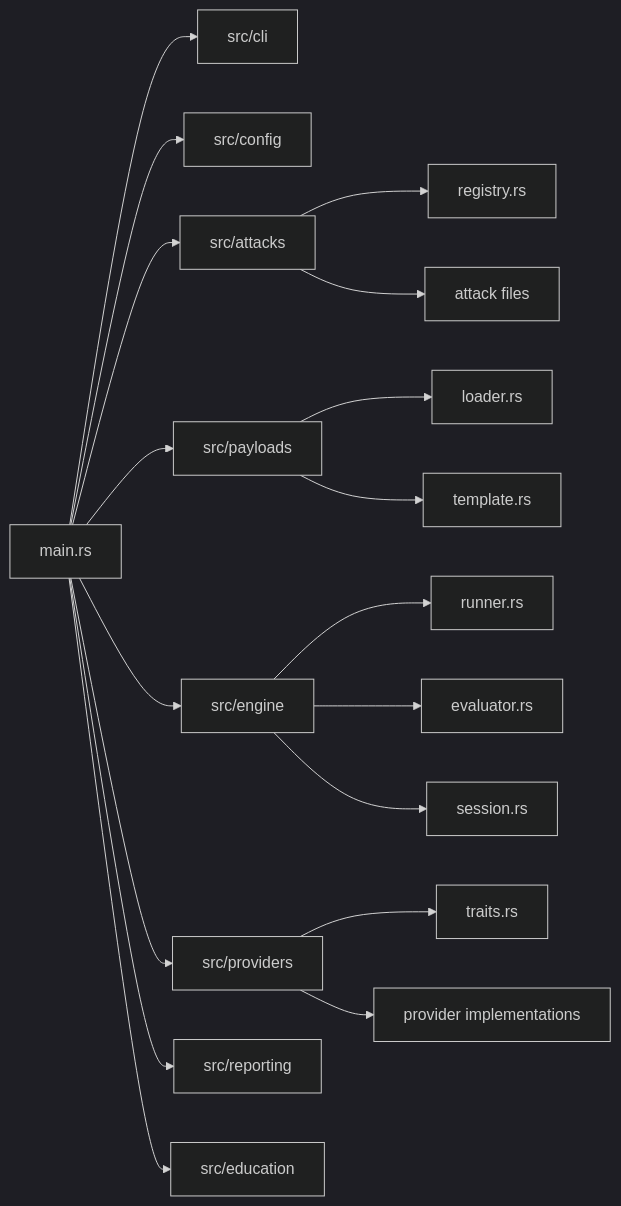
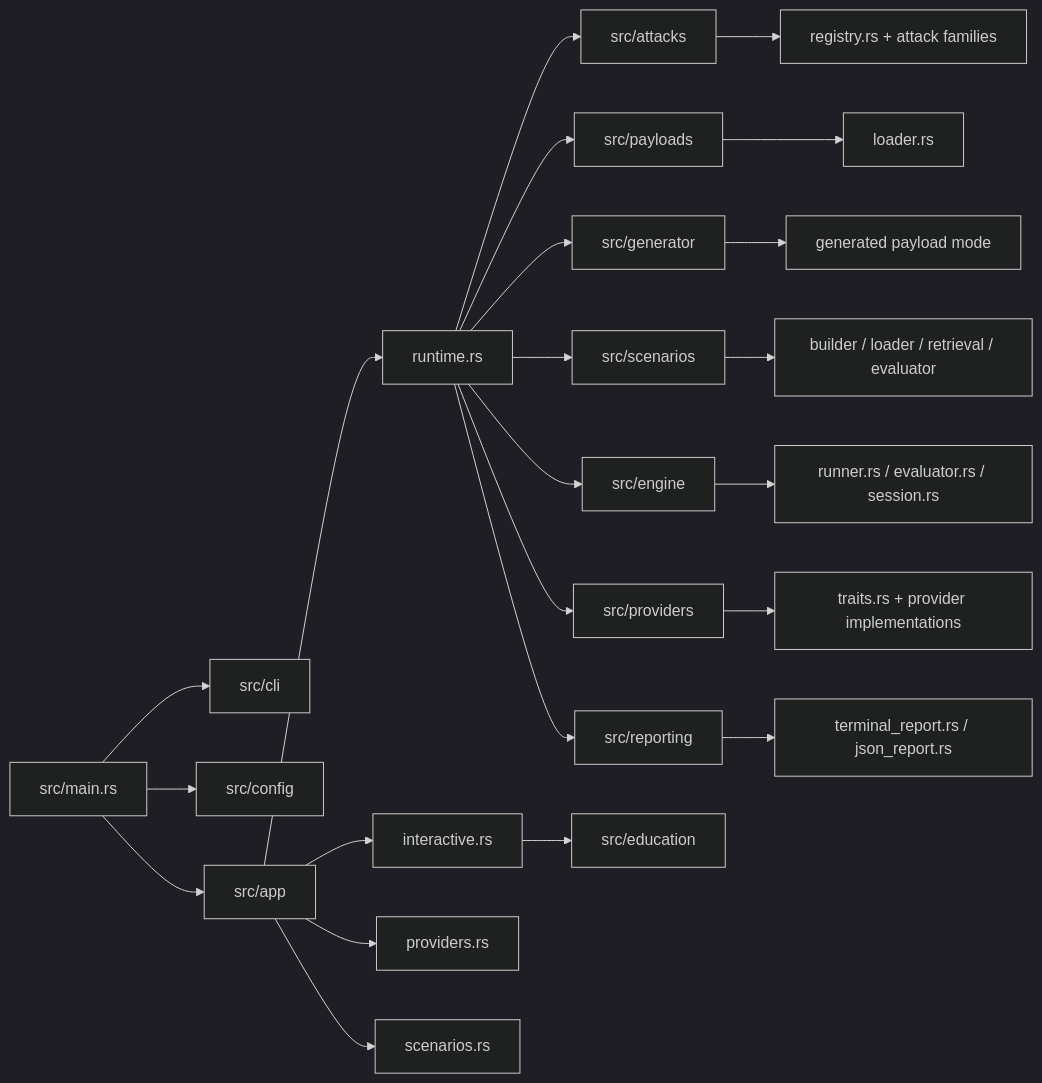
One commit to murza4ok/AI-security-test changed the second of 9 diagrams in Architecture.md. Above: the diagram before and after it, drawn with Mermaid (dark theme). The commit also changed other lines of this file and 2 other files, not shown here.

Commit message:
docs: fix runtime boundary contract

````diff
--- a/Architecture.md
+++ b/Architecture.md
@@ -45,24 +61,28 @@
 ```mermaid
 flowchart LR
-    M["main.rs"] --> CLI["src/cli"]
+    M["src/main.rs"] --> CLI["src/cli"]
     M --> CFG["src/config"]
-    M --> ATK["src/attacks"]
-    M --> PAY["src/payloads"]
-    M --> ENG["src/engine"]
-    M --> PRV["src/providers"]
-    M --> RPT["src/reporting"]
-    M --> EDU["src/education"]
+    M --> APP["src/app"]
 
-    ENG --> ENG1["runner.rs"]
-    ENG --> ENG2["evaluator.rs"]
-    ENG --> ENG3["session.rs"]
+    APP --> APP1["interactive.rs"]
+    APP --> APP2["runtime.rs"]
+    APP --> APP3["providers.rs"]
+    APP --> APP4["scenarios.rs"]
 
-    PRV --> PRV1["traits.rs"]
-    PRV --> PRV2["provider implementations"]
+    APP2 --> ATK["src/attacks"]
+    APP2 --> PAY["src/payloads"]
+    APP2 --> GEN["src/generator"]
+    APP2 --> SCN["src/scenarios"]
+    APP2 --> ENG["src/engine"]
+    APP2 --> PRV["src/providers"]
+    APP2 --> RPT["src/reporting"]
+    APP1 --> EDU["src/education"]
 
+    ATK --> ATK1["registry.rs + attack families"]
     PAY --> PAY1["loader.rs"]
-    PAY --> PAY2["template.rs"]
-
-    ATK --> ATK1["registry.rs"]
-    ATK --> ATK2["attack files"]
+    GEN --> GEN1["generated payload mode"]
+    SCN --> SCN1["builder / loader / retrieval / evaluator"]
+    ENG --> ENG1["runner.rs / evaluator.rs / session.rs"]
+    PRV --> PRV1["traits.rs + provider implementations"]
+    RPT --> RPT1["terminal_report.rs / json_report.rs"]
 ```
````
